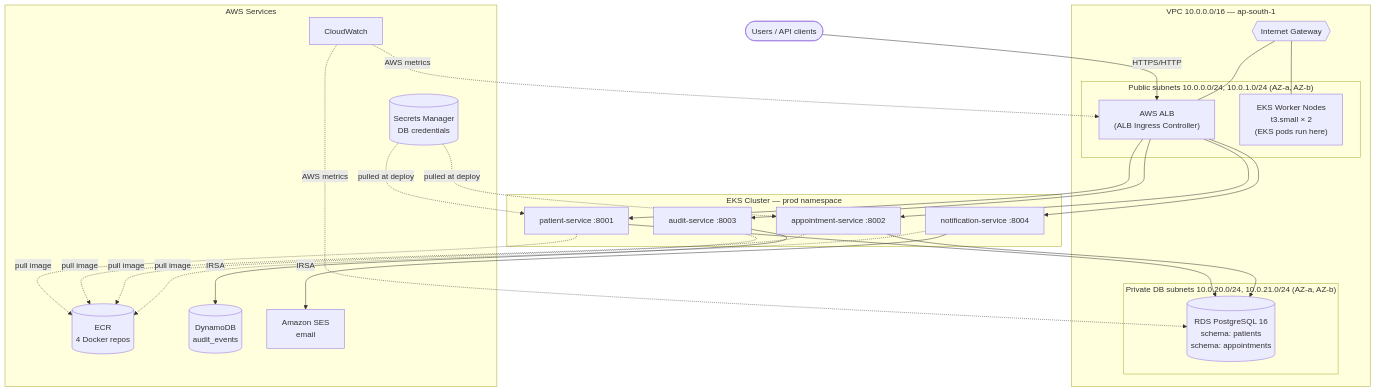
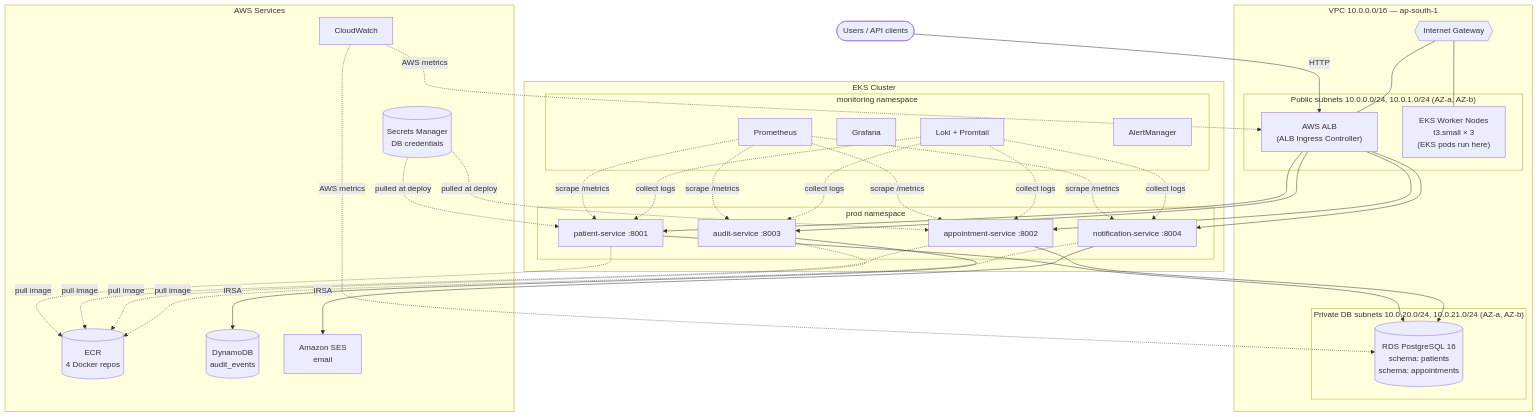
Before and after one commit to chala2001/cloud-care-k8s: the first of 7 diagrams in README.md, drawn with Mermaid. The commit also changed other lines of this file, not shown here.

Commit message:
docs: update README with actual deployment — 3 nodes, Terraform 1.10, monitoring stack, all known issues

````diff
--- a/README.md
+++ b/README.md
@@ -199,43 +202,53 @@
 ```mermaid
 flowchart TB
     User([Users / API clients])
 
     subgraph VPC["VPC 10.0.0.0/16 — ap-south-1"]
         IGW{{Internet Gateway}}
 
         subgraph Pub["Public subnets 10.0.0.0/24, 10.0.1.0/24 (AZ-a, AZ-b)"]
             ALB["AWS ALB\n(ALB Ingress Controller)"]
-            Nodes["EKS Worker Nodes\nt3.small × 2\n(EKS pods run here)"]
+            Nodes["EKS Worker Nodes\nt3.small × 3\n(EKS pods run here)"]
         end
 
         subgraph DBT["Private DB subnets 10.0.20.0/24, 10.0.21.0/24 (AZ-a, AZ-b)"]
             RDS[("RDS PostgreSQL 16\nschema: patients\nschema: appointments")]
         end
     end
 
-    subgraph EKS["EKS Cluster — prod namespace"]
-        PS["patient-service :8001"]
-        APPS["appointment-service :8002"]
-        AUS["audit-service :8003"]
-        NS2["notification-service :8004"]
+    subgraph EKS["EKS Cluster"]
+        subgraph prod["prod namespace"]
+            PS["patient-service :8001"]
+            APPS["appointment-service :8002"]
+            AUS["audit-service :8003"]
+            NS2["notification-service :8004"]
+        end
+        subgraph monitoring["monitoring namespace"]
+            PROM["Prometheus"]
+            GRAF["Grafana"]
+            LOKI["Loki + Promtail"]
+            AM["AlertManager"]
+        end
     end
 
     subgraph AWSsvc["AWS Services"]
         ECR[("ECR\n4 Docker repos")]
         SM[("Secrets Manager\nDB credentials")]
         DDB[("DynamoDB\naudit_events")]
         SES["Amazon SES\nemail"]
         CW["CloudWatch"]
     end
 
-    User -- HTTPS/HTTP --> ALB
+    User -- HTTP --> ALB
     IGW --- ALB
     IGW --- Nodes
     ALB --> PS & APPS & AUS & NS2
     PS & APPS --> RDS
     AUS -- "IRSA" --> DDB
     NS2 -- "IRSA" --> SES
     SM -. "pulled at deploy" .-> PS & APPS
     PS & APPS & AUS & NS2 -. "pull image" .-> ECR
+    PROM -. "scrape /metrics" .-> PS & APPS & AUS & NS2
+    LOKI -. "collect logs" .-> PS & APPS & AUS & NS2
     CW -. "AWS metrics" .-> RDS & ALB
 ```
````
